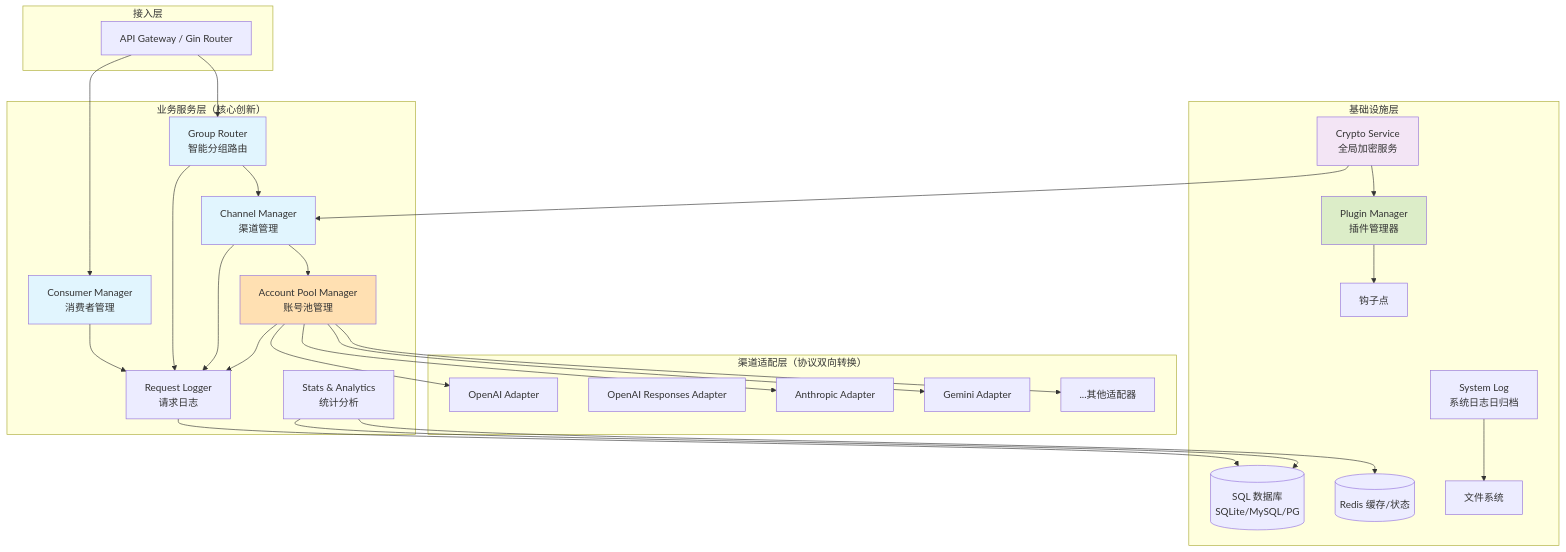
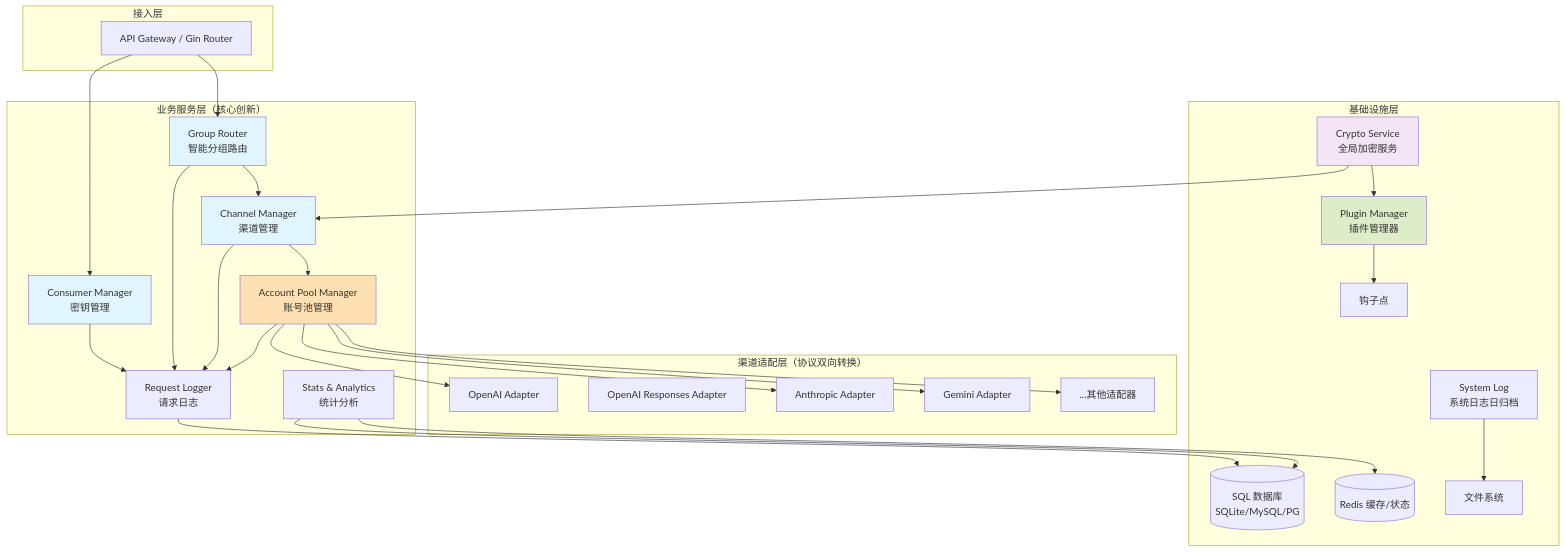
Before and after one commit to silestar/AIGateway: the first of 4 diagrams in docs/architecture/01-总体设计方案.md, drawn with Mermaid. The commit also changed other lines of this file and 45 other files, not shown here.

First line of the commit message:
feat: 消费者→密钥改名 + AES加密存储支持reveal + 钥匙图标复制

````diff
--- a/docs/architecture/01-总体设计方案.md
+++ b/docs/architecture/01-总体设计方案.md
@@ -31,48 +31,48 @@
 ```mermaid
 graph TB
     subgraph 接入层
         A[API Gateway / Gin Router]
     end
     subgraph "业务服务层（核心创新）"
-        B[Consumer Manager<br/>消费者管理]
+        B[Consumer Manager<br/>密钥管理]
         C[Group Router<br/>智能分组路由]
         D[Channel Manager<br/>渠道管理]
         E[Account Pool Manager<br/>账号池管理]
         F[Stats & Analytics<br/>统计分析]
         G[Request Logger<br/>请求日志]
     end
     subgraph "渠道适配层（协议双向转换）"
         H[OpenAI Adapter]
         H2[OpenAI Responses Adapter]
         I[Anthropic Adapter]
         J[Gemini Adapter]
         K[...其他适配器]
     end
     subgraph "基础设施层"
         L[(SQL 数据库<br/>SQLite/MySQL/PG)]
         M[(Redis 缓存/状态)]
         N[System Log<br/>系统日志日归档]
         O[Plugin Manager<br/>插件管理器]
         P[Crypto Service<br/>全局加密服务]
         FS[文件系统]
         HP[钩子点]
     end
     A --> B
     A --> C
     C --> D
     D --> E
     E --> H & I & J & K
     B & C & D & E --> G
     G --> L
     F --> L & M
     N --> FS
     O --> HP
     P --> D
     P --> O
     style B fill:#e1f5fe
     style C fill:#e1f5fe
     style D fill:#e1f5fe
     style E fill:#ffe0b2
     style O fill:#dcedc8
     style P fill:#f3e5f5
 ```
````
